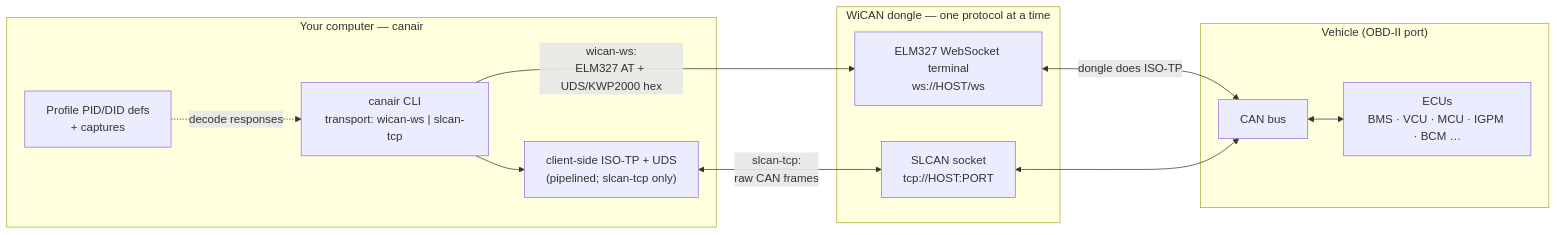
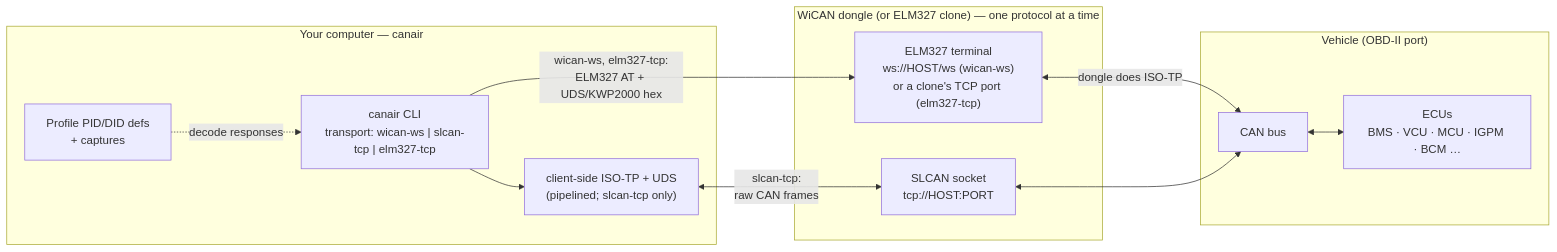
One commit to philipkocanda/canair changed the first of 2 diagrams in README.md. Above: the diagram before and after it, drawn with Mermaid. The commit also changed 1 other file, not shown here.

Commit message:
docs: show elm327-tcp in the architecture diagrams

````diff
--- a/README.md
+++ b/README.md
@@ -40,26 +40,26 @@
 ```mermaid
 flowchart LR
     subgraph host["Your computer — canair"]
-        cli["canair CLI<br/>transport: wican-ws | slcan-tcp"]
+        cli["canair CLI<br/>transport: wican-ws | slcan-tcp | elm327-tcp"]
         defs["Profile PID/DID defs<br/>+ captures"]
         isotp["client-side ISO-TP + UDS<br/>(pipelined; slcan-tcp only)"]
     end
 
-    subgraph wican["WiCAN dongle — one protocol at a time"]
-        ws["ELM327 WebSocket terminal<br/>ws://HOST/ws"]
+    subgraph wican["WiCAN dongle (or ELM327 clone) — one protocol at a time"]
+        ws["ELM327 terminal<br/>ws://HOST/ws (wican-ws)<br/>or a clone's TCP port (elm327-tcp)"]
         slcan["SLCAN socket<br/>tcp://HOST:PORT"]
     end
 
     subgraph car["Vehicle (OBD-II port)"]
         bus["CAN bus"]
         ecus["ECUs<br/>BMS · VCU · MCU · IGPM · BCM …"]
     end
 
-    cli -->|"wican-ws:<br/>ELM327 AT + UDS/KWP2000 hex"| ws
+    cli -->|"wican-ws, elm327-tcp:<br/>ELM327 AT + UDS/KWP2000 hex"| ws
     cli --> isotp
     isotp <-->|"slcan-tcp:<br/>raw CAN frames"| slcan
     ws <-->|"dongle does ISO-TP"| bus
     slcan <--> bus
     bus <--> ecus
     defs -.->|"decode responses"| cli
 ```
````
